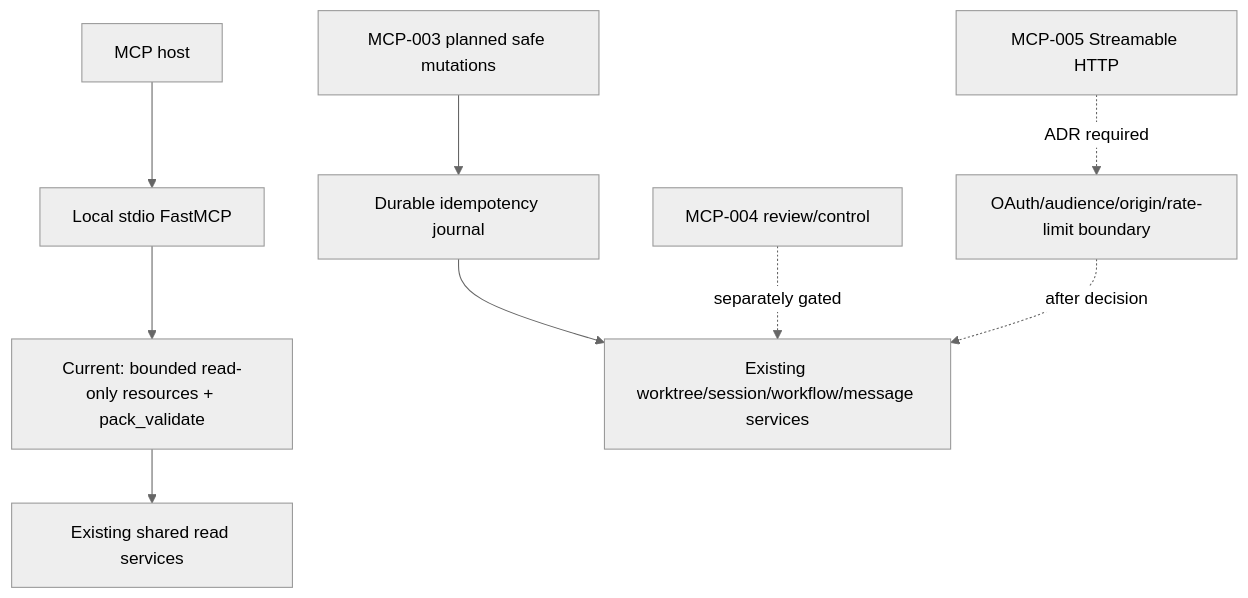
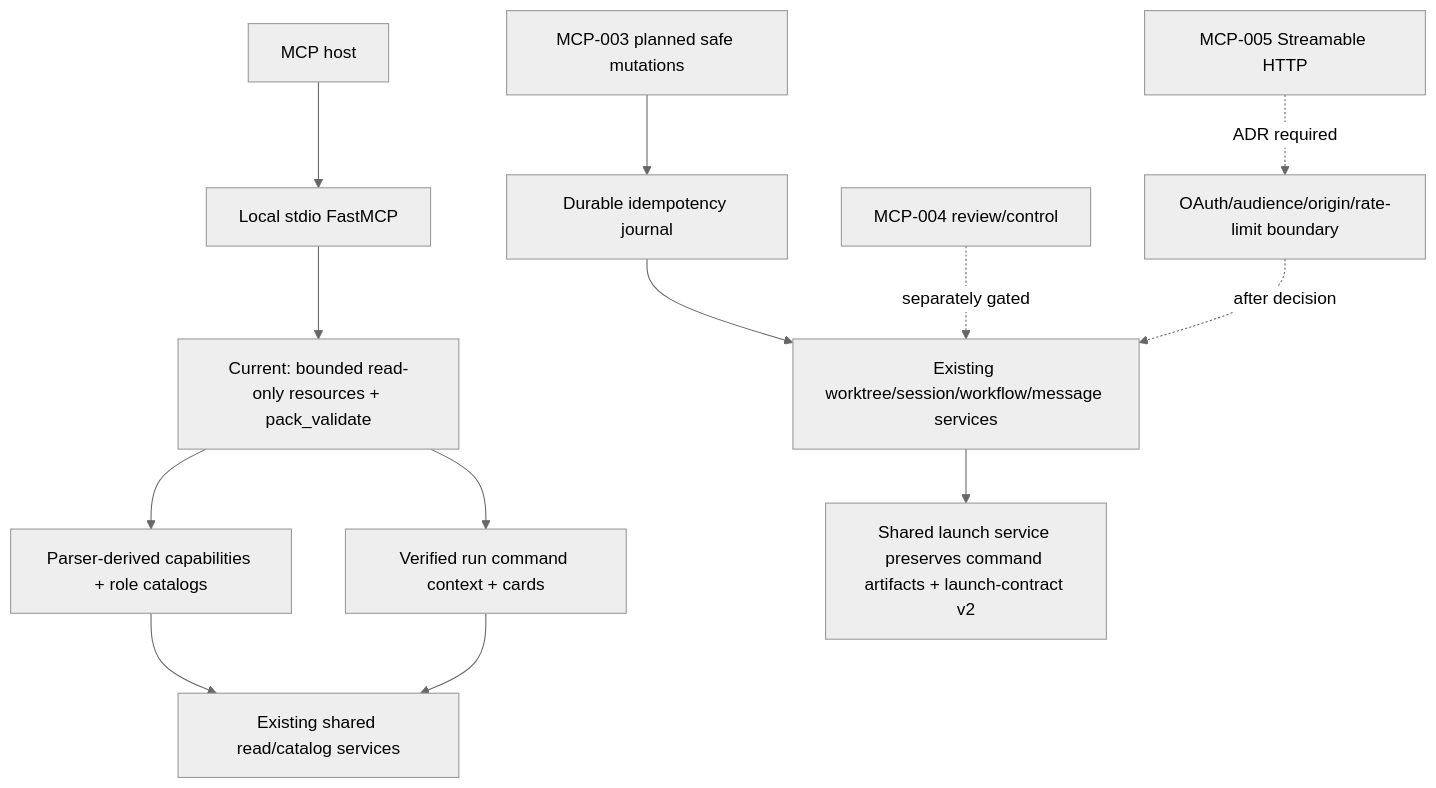
Before and after one commit to ngallodev-software/agent-workflow: diagram 20 of 28 in docs/diagrams/REPOSITORY_CHART_PACK.md, drawn with Mermaid (neutral theme). The commit also changed other lines of this file and 22 other files, not shown here.

Commit message:
Add MCP command context resources

````diff
--- a/docs/diagrams/REPOSITORY_CHART_PACK.md
+++ b/docs/diagrams/REPOSITORY_CHART_PACK.md
@@ -419,12 +421,16 @@
 ```mermaid
 flowchart TB
   Host[MCP host]
   Host --> Stdio[Local stdio FastMCP]
   Stdio --> Current[Current: bounded read-only resources + pack_validate]
-  Current --> Shared[Existing shared read services]
+  Current --> Catalog[Parser-derived capabilities + role catalogs]
+  Current --> Context[Verified run command context + cards]
+  Catalog --> Shared[Existing shared read/catalog services]
+  Context --> Shared
   Future[MCP-003 planned safe mutations] --> Idem[Durable idempotency journal]
   Idem --> SharedMut[Existing worktree/session/workflow/message services]
+  SharedMut --> LaunchV2[Shared launch service preserves command artifacts + launch-contract v2]
   Destructive[MCP-004 review/control] -. separately gated .-> SharedMut
   HTTP[MCP-005 Streamable HTTP] -. ADR required .-> Auth[OAuth/audience/origin/rate-limit boundary]
   Auth -. after decision .-> SharedMut
 ```
````
